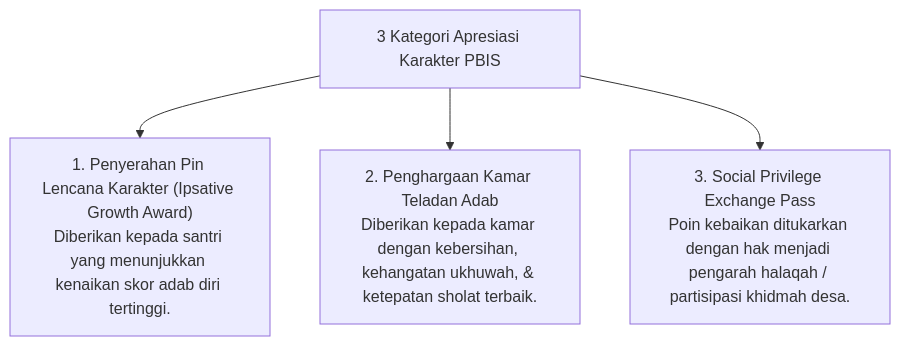
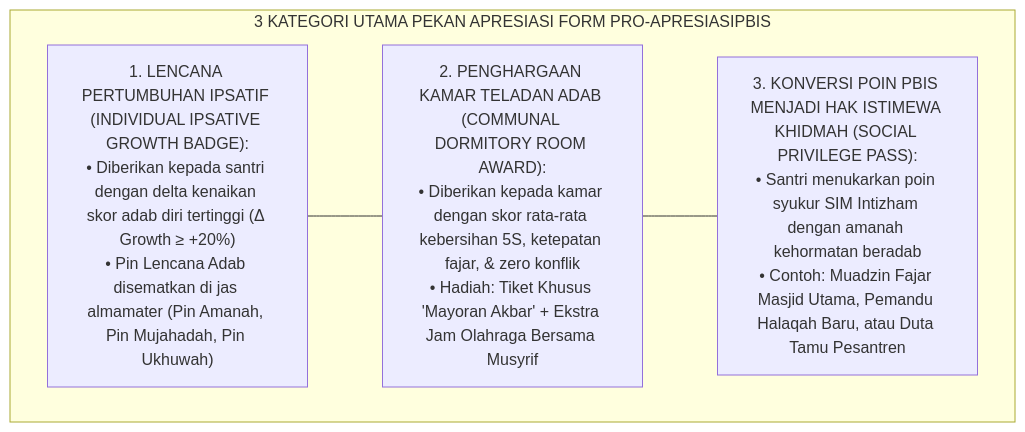
Before and after one commit to wandiapriliyandi/tumbuh: the second of 2 diagrams in 09 Programs/02 Character Programs/P9-02-03-Program-Pekan-Apresiasi-Karakter-dan-PBIS-Points.md, drawn with Mermaid. The commit also changed other lines of this file and 3 other files, not shown here.

````diff
--- a/09 Programs/02 Character Programs/P9-02-03-Program-Pekan-Apresiasi-Karakter-dan-PBIS-Points.md
+++ b/09 Programs/02 Character Programs/P9-02-03-Program-Pekan-Apresiasi-Karakter-dan-PBIS-Points.md
@@ -14,7 +42,9 @@
 ```mermaid
-graph TD
-    PBISAwardProg["3 Kategori Apresiasi Karakter PBIS"]
-    PBISAwardProg --> PinGrowth["1. Penyerahan Pin Lencana Karakter (Ipsative Growth Award)<br/>Diberikan kepada santri yang menunjukkan kenaikan skor adab diri tertinggi."]
-    PBISAwardProg --> ModelRoom["2. Penghargaan Kamar Teladan Adab<br/>Diberikan kepada kamar dengan kebersihan, kehangatan ukhuwah, & ketepatan sholat terbaik."]
-    PBISAwardProg --> PrivilegePass["3. Social Privilege Exchange Pass<br/>Poin kebaikan ditukarkan dengan hak menjadi pengarah halaqah / partisipasi khidmah desa."]
+flowchart TD
+    subgraph ThreeAwardCategories["3 KATEGORI UTAMA PEKAN APRESIASI FORM PRO-APRESIASIPBIS"]
+        Cat1["1. LENCANA PERTUMBUHAN IPSATIF (INDIVIDUAL IPSATIVE GROWTH BADGE):<br/>• Diberikan kepada santri dengan delta kenaikan skor adab diri tertinggi (Δ Growth ≥ +20%)<br/>• Pin Lencana Adab disematkan di jas almamater (Pin Amanah, Pin Mujahadah, Pin Ukhuwah)"]
+        Cat2["2. PENGHARGAAN KAMAR TELADAN ADAB (COMMUNAL DORMITORY ROOM AWARD):<br/>• Diberikan kepada kamar dengan skor rata-rata kebersihan 5S, ketepatan fajar, & zero konflik<br/>• Hadiah: Tiket Khusus 'Mayoran Akbar' + Ekstra Jam Olahraga Bersama Musyrif"]
+        Cat3["3. KONVERSI POIN PBIS MENJADI HAK ISTIMEWA KHIDMAH (SOCIAL PRIVILEGE PASS):<br/>• Santri menukarkan poin syukur SIM Intizham dengan amanah kehormatan beradab<br/>• Contoh: Muadzin Fajar Masjid Utama, Pemandu Halaqah Baru, atau Duta Tamu Pesantren"]
+        Cat1 --- Cat2 --- Cat3
+    end
 ```
````
